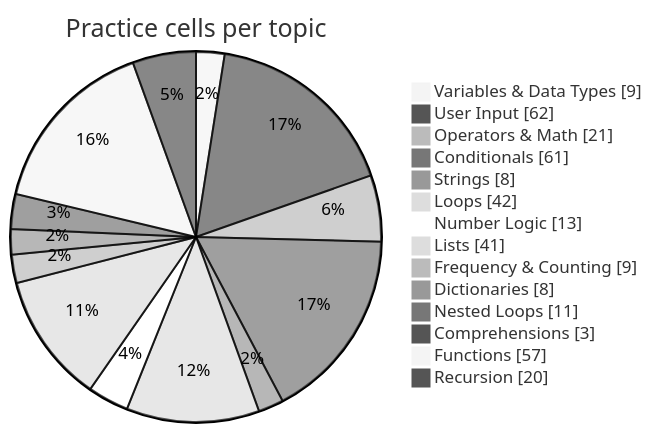
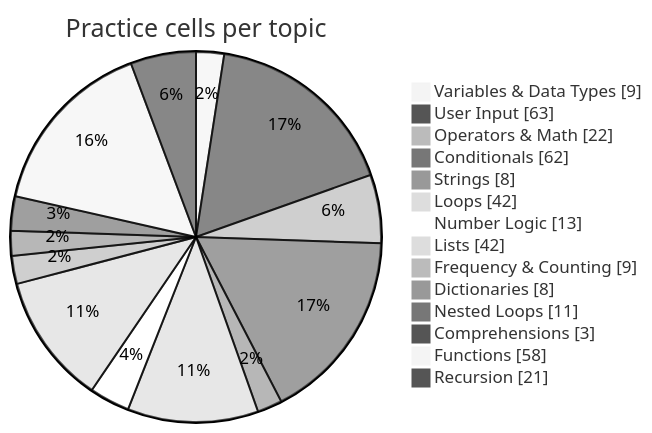
Before and after one commit to Phantom2101/Python-Daily-Practice: the diagram in README.md, drawn with Mermaid (neutral theme). The commit also changed other lines of this file and 3 other files, not shown here.

````diff
--- a/README.md
+++ b/README.md
@@ -126,17 +126,17 @@
 ```mermaid
 pie showData title Practice cells per topic
     "Variables & Data Types" : 9
-    "User Input" : 62
-    "Operators & Math" : 21
-    "Conditionals" : 61
+    "User Input" : 63
+    "Operators & Math" : 22
+    "Conditionals" : 62
     "Strings" : 8
     "Loops" : 42
     "Number Logic" : 13
-    "Lists" : 41
+    "Lists" : 42
     "Frequency & Counting" : 9
     "Dictionaries" : 8
     "Nested Loops" : 11
     "Comprehensions" : 3
-    "Functions" : 57
-    "Recursion" : 20
+    "Functions" : 58
+    "Recursion" : 21
 ```
````
